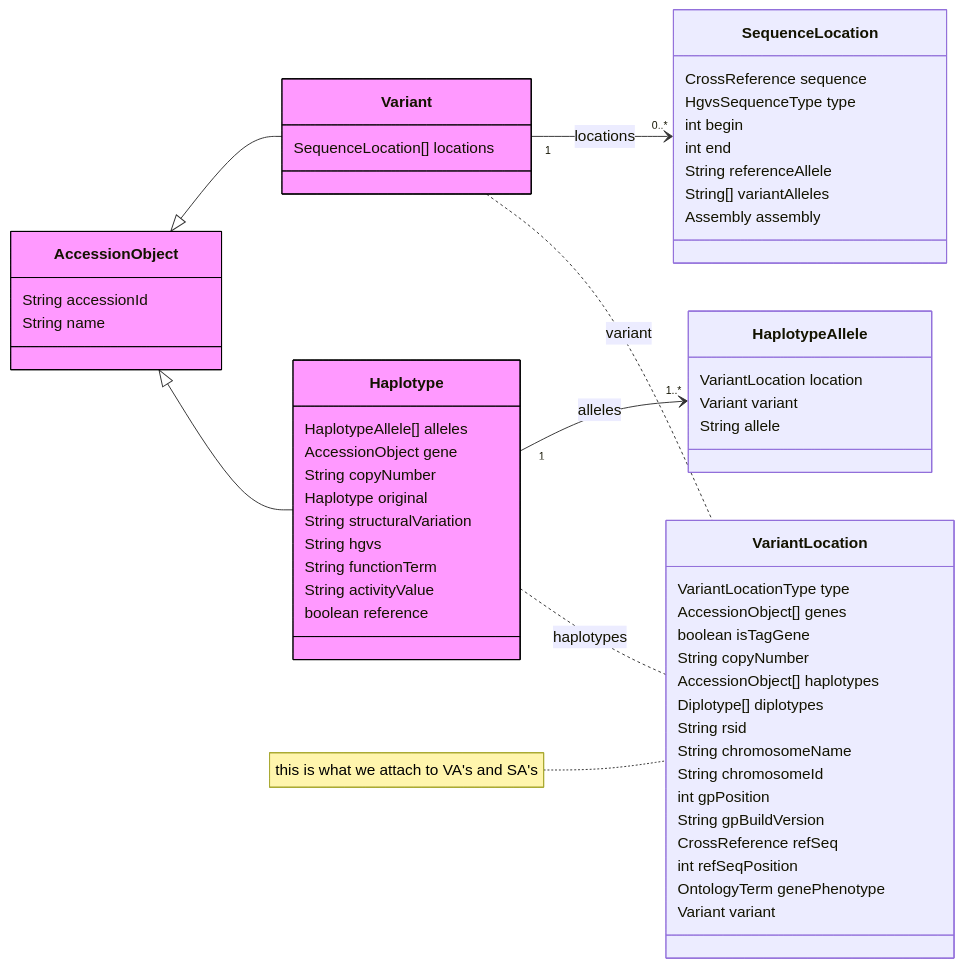
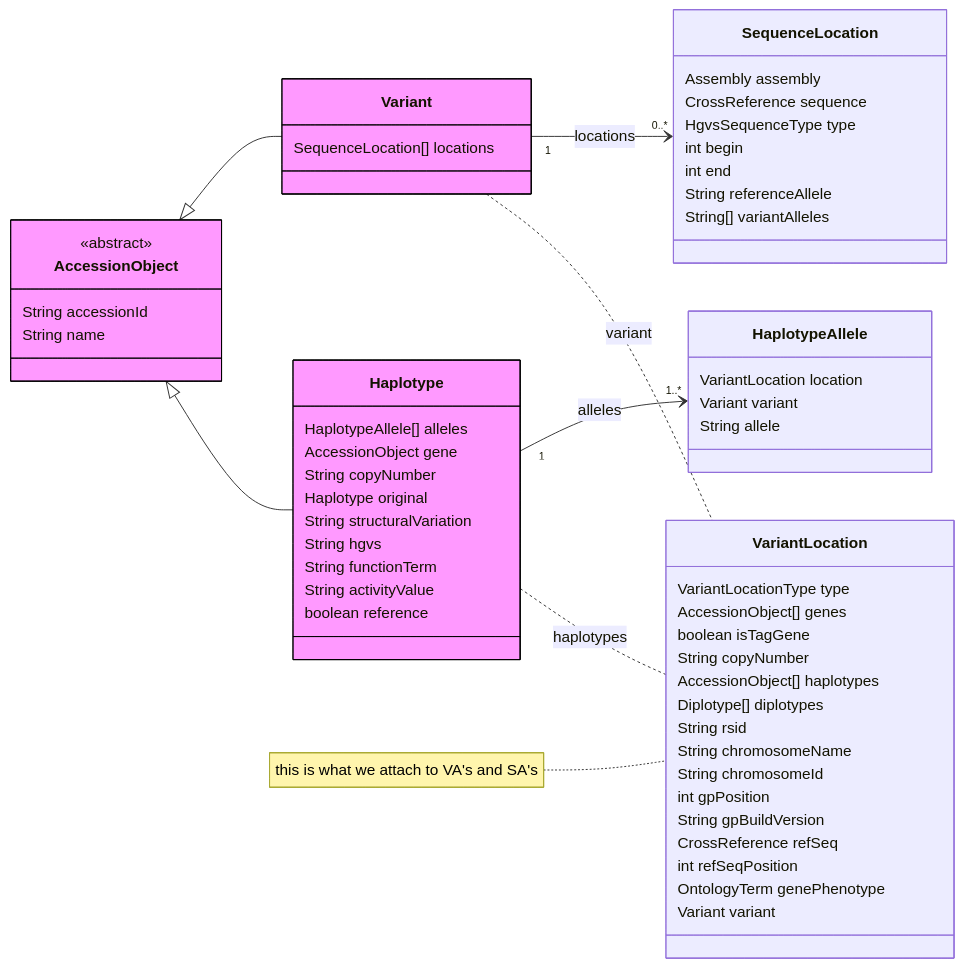
One commit to whaleyr/ga4gh-vrs-clinpgx changed the first of 2 diagrams in slides.md. Above: the diagram before and after it, drawn with Mermaid. The commit also changed other lines of this file, not shown here.

Commit message:
feat: add links to diagrams

````diff
--- a/slides.md
+++ b/slides.md
@@ -84,51 +86,57 @@
 ```mermaid {scale: 0.45}
 classDiagram
     direction LR
+    class AccessionObject
+    <<abstract>> AccessionObject
     AccessionObject <|-- Variant
     AccessionObject <|-- Haplotype
     AccessionObject: String accessionId
     AccessionObject: String name
     style AccessionObject fill:#f9f, stroke: #000
+    class Variant
+    link Variant "https://www.clinpgx.org/rsid/rs1800460"
     Variant: SequenceLocation[] locations
     style Variant fill:#f9f, stroke: #000
+    SequenceLocation: Assembly assembly
     SequenceLocation: CrossReference sequence
     SequenceLocation: HgvsSequenceType type
     SequenceLocation: int begin
     SequenceLocation: int end
     SequenceLocation: String referenceAllele
     SequenceLocation: String[] variantAlleles
-    SequenceLocation: Assembly assembly
     Variant "1" --> "0..*" SequenceLocation: locations
+    class Haplotype
+    link Haplotype "https://www.clinpgx.org/haplotype/PA165816544"
     Haplotype: HaplotypeAllele[] alleles
     Haplotype: AccessionObject gene
     Haplotype: String copyNumber
     Haplotype: Haplotype original
     Haplotype: String structuralVariation
     Haplotype: String hgvs
     Haplotype: String functionTerm
     Haplotype: String activityValue
     Haplotype: boolean reference
     style Haplotype fill:#f9f, stroke: #000
     Haplotype "1" --> "1..*" HaplotypeAllele: alleles
     HaplotypeAllele: VariantLocation location
     HaplotypeAllele: Variant variant
     HaplotypeAllele: String allele
     VariantLocation: VariantLocationType type
     VariantLocation: AccessionObject[] genes
     VariantLocation: boolean isTagGene
     VariantLocation: String copyNumber
     VariantLocation: AccessionObject[] haplotypes
     VariantLocation: Diplotype[] diplotypes
     VariantLocation: String rsid
     VariantLocation: String chromosomeName
     VariantLocation: String chromosomeId
     VariantLocation: int gpPosition
     VariantLocation: String gpBuildVersion
     VariantLocation: CrossReference refSeq
     VariantLocation: int refSeqPosition
     VariantLocation: OntologyTerm genePhenotype
     VariantLocation: Variant variant
     note for VariantLocation "this is what we attach to VA's and SA's"
     Haplotype .. VariantLocation: haplotypes
     Variant .. VariantLocation: variant
 ```
````
